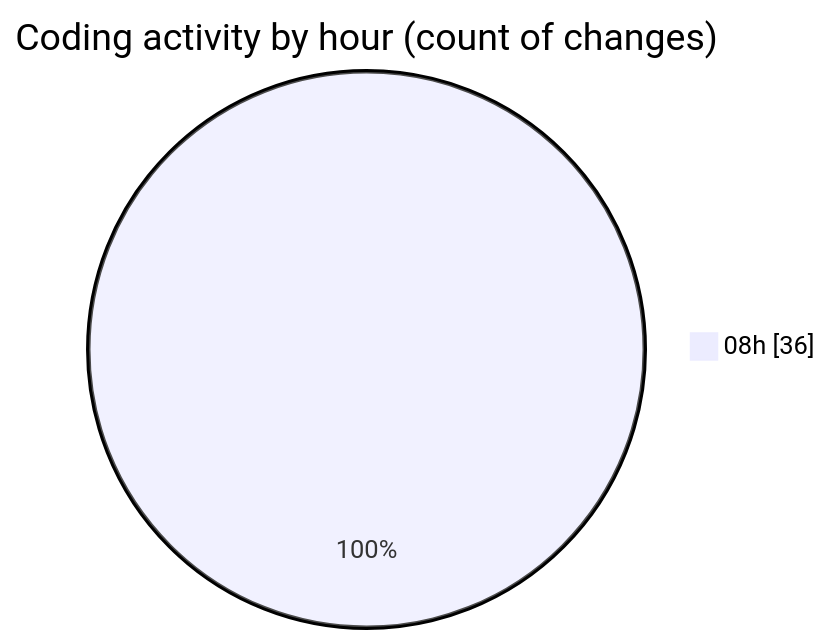
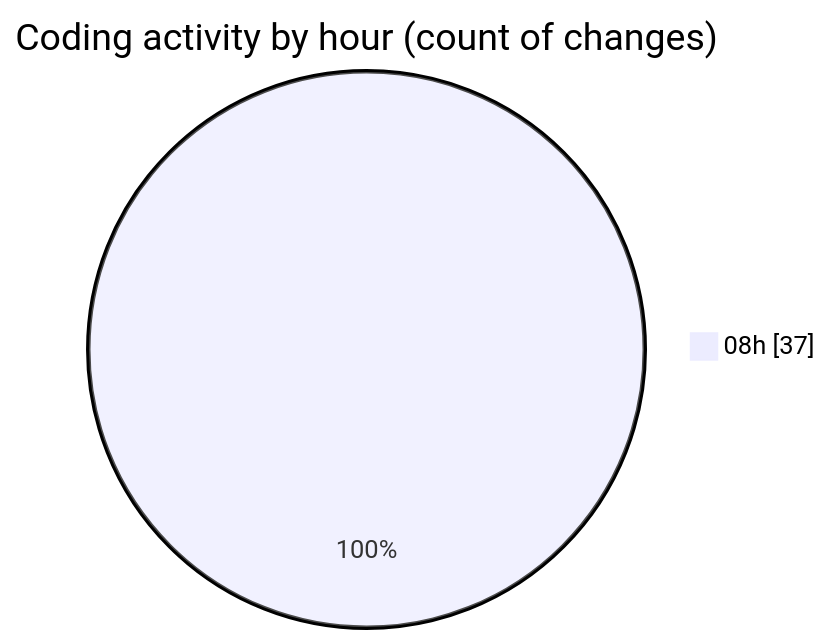
One commit to CELIANVF/code-tracking changed the second of 2 diagrams in 2025-05-16/ecodeli-1/README.md. Above: the diagram before and after it, drawn with Mermaid. The commit also changed other lines of this file and 1 other file, not shown here.

````diff
--- a/2025-05-16/ecodeli-1/README.md
+++ b/2025-05-16/ecodeli-1/README.md
@@ -47,5 +47,5 @@
 ```mermaid
 pie showData
 title Coding activity by hour (count of changes)
-"08h" : 36
+"08h" : 37
 ```
````
